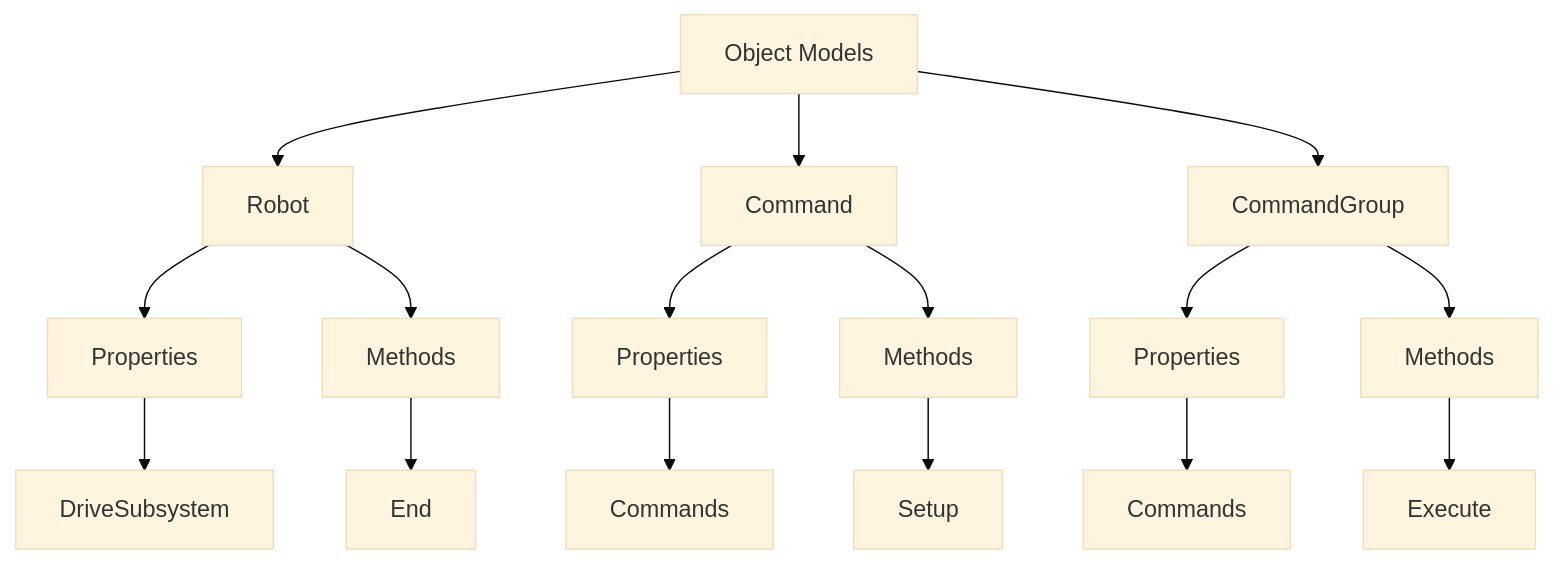
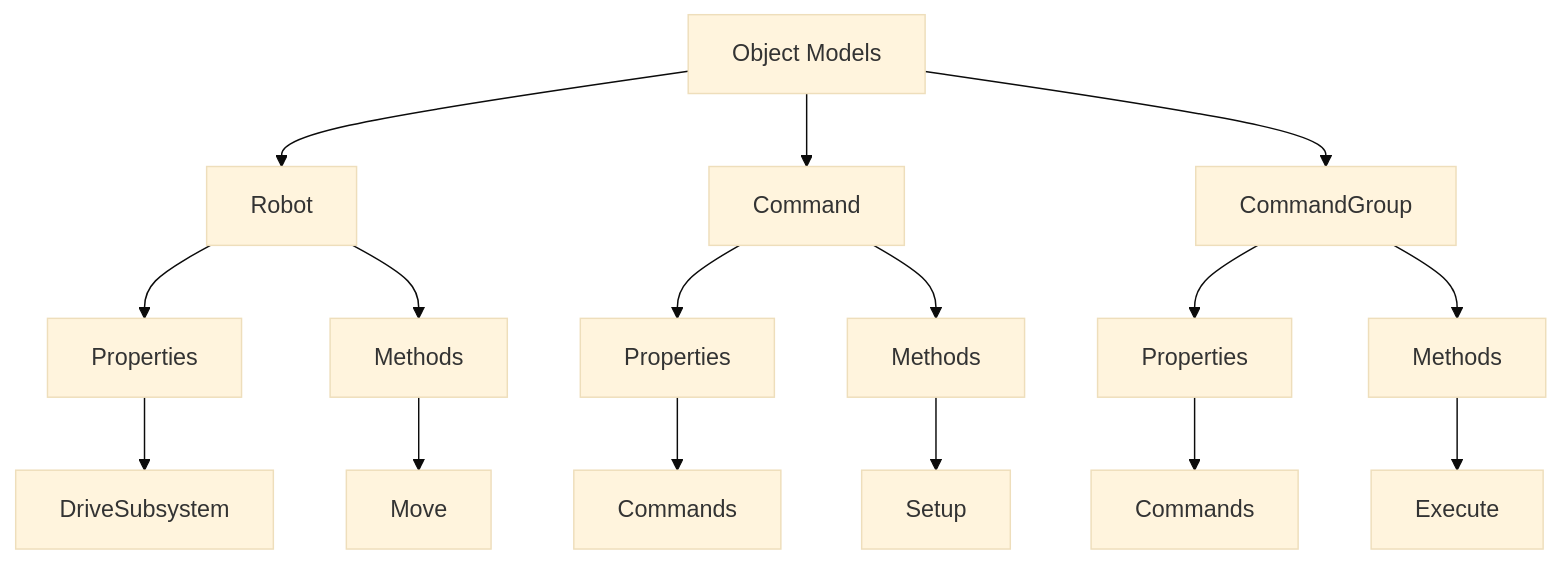
One commit to ECU-SENG3000/assignment1-oop-libbeyc22 changed the diagram in ReadMe.md. Above: the diagram before and after it, drawn with Mermaid (base theme).

Commit message:
Update flowchart: changed "End" to "Move"

````diff
--- a/ReadMe.md
+++ b/ReadMe.md
@@ -7,19 +7,19 @@
 ```mermaid
 flowchart
     A[Object Models] --> B[Robot]
     B --> L[Properties]
     L --> N[DriveSubsystem]
     B --> M[Methods]
-    M --> O[End]
+    M --> O[Move]
     A --> C[Command]
     C --> I[Properties]
     I --> II[Commands]
     C --> J[Methods]
     J --> K[Setup]
     A --> D[CommandGroup]
     D --> E[Properties]
     E --> F[Commands]
     D --> G[Methods]
     G --> H[Execute]
 
 ```
````
